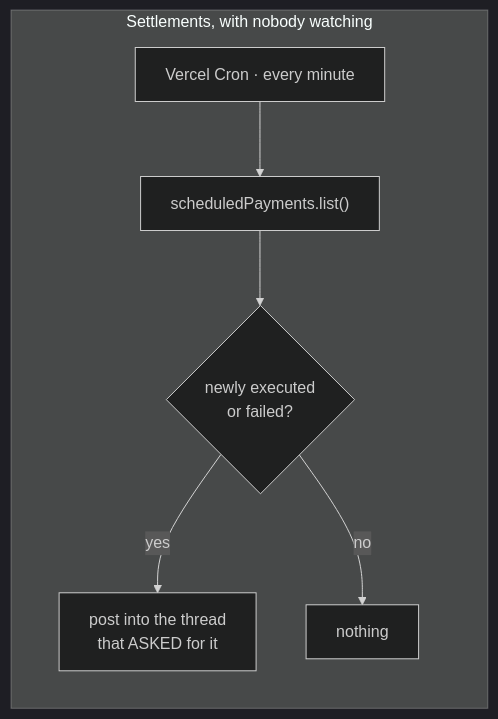
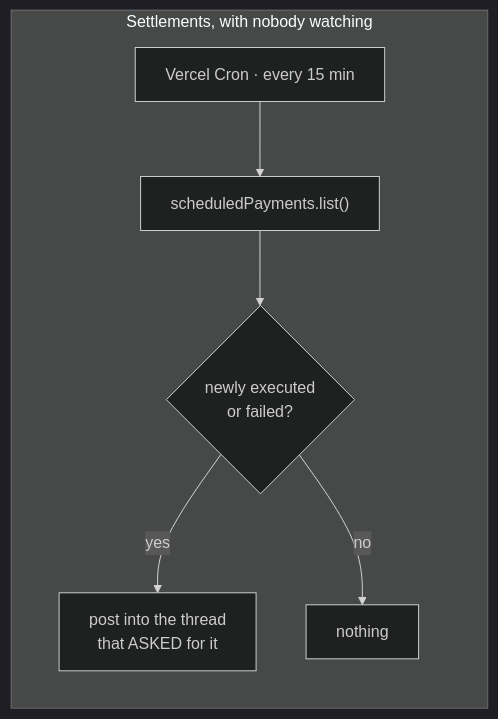
One commit to dakota-xyz/agentic-demo-ts changed the eighth of 9 diagrams in docs/HOW_IT_WORKS.md. Above: the diagram before and after it, drawn with Mermaid (dark theme). The commit also changed 3 other files, not shown here.

First line of the commit message:
fix(cron): sweep settlements every 15 minutes, not every minute

````diff
--- a/docs/HOW_IT_WORKS.md
+++ b/docs/HOW_IT_WORKS.md
@@ -333,9 +333,9 @@
 ```mermaid
 flowchart LR
     subgraph Watch["Settlements, with nobody watching"]
-        C1["Vercel Cron · every minute"] --> C2["scheduledPayments.list()"]
+        C1["Vercel Cron · every 15 min"] --> C2["scheduledPayments.list()"]
         C2 --> C3{"newly executed<br/>or failed?"}
         C3 -- yes --> C4["post into the thread<br/>that ASKED for it"]
         C3 -- no --> C5["nothing"]
     end
 ```
````
